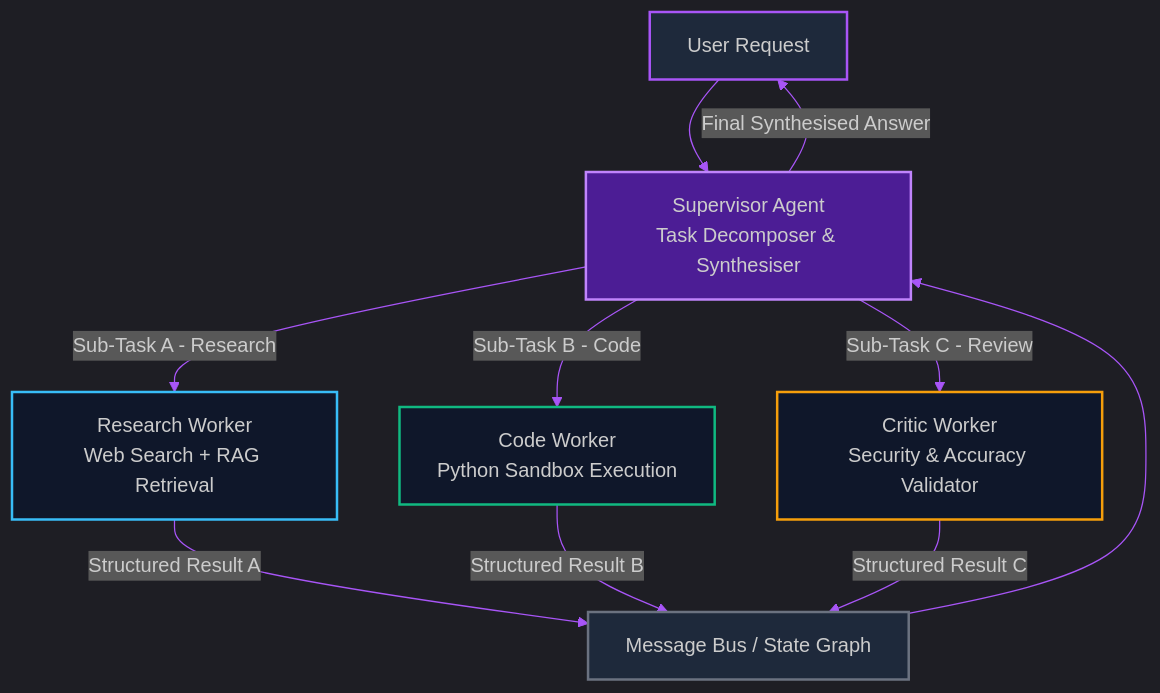
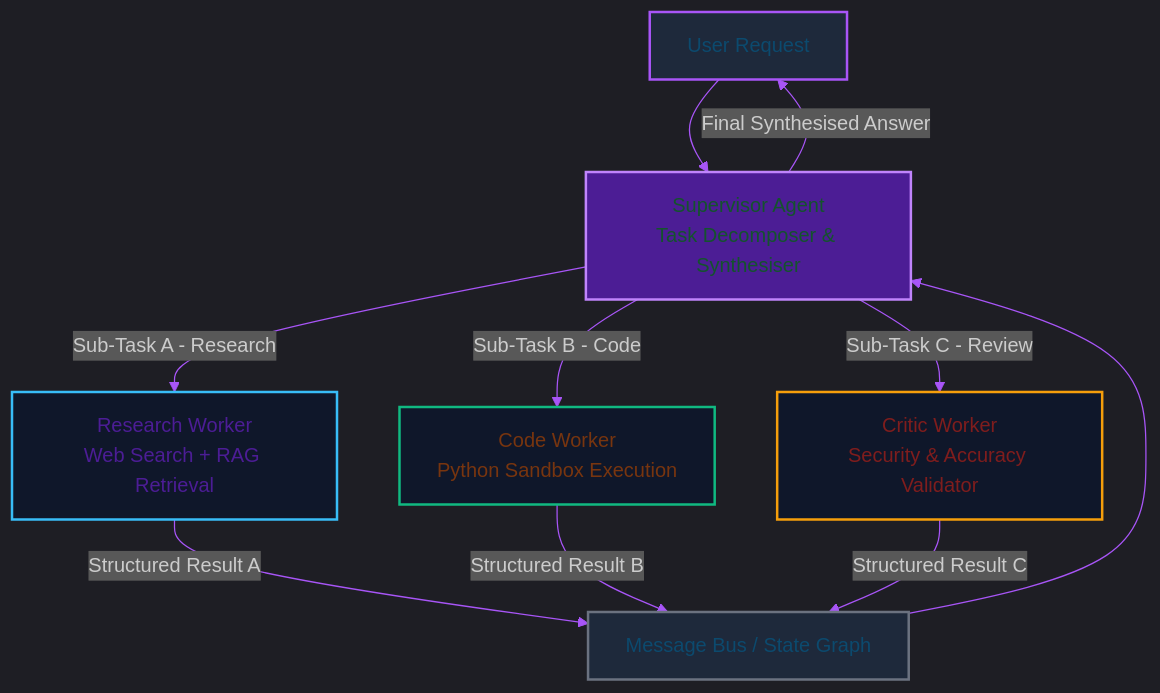
One commit to akmalkhaniub/akmalkhaniub.github.io changed the first of 2 diagrams in blog/posts/supervisor-worker-agent-patterns-langgraph.md. Above: the diagram before and after it, drawn with Mermaid. The commit also changed other lines of this file and 1291 other files, not shown here.

First line of the commit message:
feat(catalog): unique covers, scholarly references, and diagram palettes

````diff
--- a/blog/posts/supervisor-worker-agent-patterns-langgraph.md
+++ b/blog/posts/supervisor-worker-agent-patterns-langgraph.md
@@ -25,23 +25,34 @@
 ```mermaid
 %%{init: {'theme': 'dark', 'themeVariables': { 'primaryColor': '#a855f7', 'primaryTextColor': '#f3f4f6', 'primaryBorderColor': '#c084fc', 'lineColor': '#a855f7', 'secondaryColor': '#111827', 'tertiaryColor': '#0f172a'}}}%%
 flowchart TD
-    U[User Request] --> S[ Supervisor Agent<br/>Task Decomposer & Synthesiser]
+    U["User Request"] --> S[" Supervisor Agent<br/>Task Decomposer & Synthesiser"]
     
-    S -->|Sub-Task A - Research| W1[ Research Worker<br/>Web Search + RAG Retrieval]
-    S -->|Sub-Task B - Code| W2[ Code Worker<br/>Python Sandbox Execution]
-    S -->|Sub-Task C - Review| W3[ Critic Worker<br/>Security & Accuracy Validator]
+    S -->|Sub-Task A - Research| W1[" Research Worker<br/>Web Search + RAG Retrieval"]
+    S -->|Sub-Task B - Code| W2[" Code Worker<br/>Python Sandbox Execution"]
+    S -->|Sub-Task C - Review| W3[" Critic Worker<br/>Security & Accuracy Validator"]
     
-    W1 -->|Structured Result A| M[ Message Bus / State Graph]
+    W1 -->|Structured Result A| M[" Message Bus / State Graph"]
     W2 -->|Structured Result B| M
     W3 -->|Structured Result C| M
     
     M --> S
     S -->|Final Synthesised Answer| U
 
     style U fill:#1e293b,stroke:#a855f7,stroke-width:2px
     style S fill:#4c1d95,stroke:#c084fc,stroke-width:2px
     style W1 fill:#0f172a,stroke:#38bdf8,stroke-width:2px
     style W2 fill:#0f172a,stroke:#10b981,stroke-width:2px
     style W3 fill:#0f172a,stroke:#f59e0b,stroke-width:2px
     style M fill:#1e293b,stroke:#6b7280,stroke-width:2px
+
+classDef green fill:#dcfce7,stroke:#16a34a,stroke-width:2px,color:#14532d;
+classDef red fill:#fee2e2,stroke:#dc2626,stroke-width:2px,color:#7f1d1d;
+classDef blue fill:#e0f2fe,stroke:#0284c7,stroke-width:2px,color:#0c4a6e;
+classDef yellow fill:#fef3c7,stroke:#d97706,stroke-width:2px,color:#78350f;
+classDef purple fill:#ede9fe,stroke:#7c3aed,stroke-width:2px,color:#4c1d95;
+class U,M blue
+class S green
+class W1 purple
+class W2 yellow
+class W3 red
 ```
````
